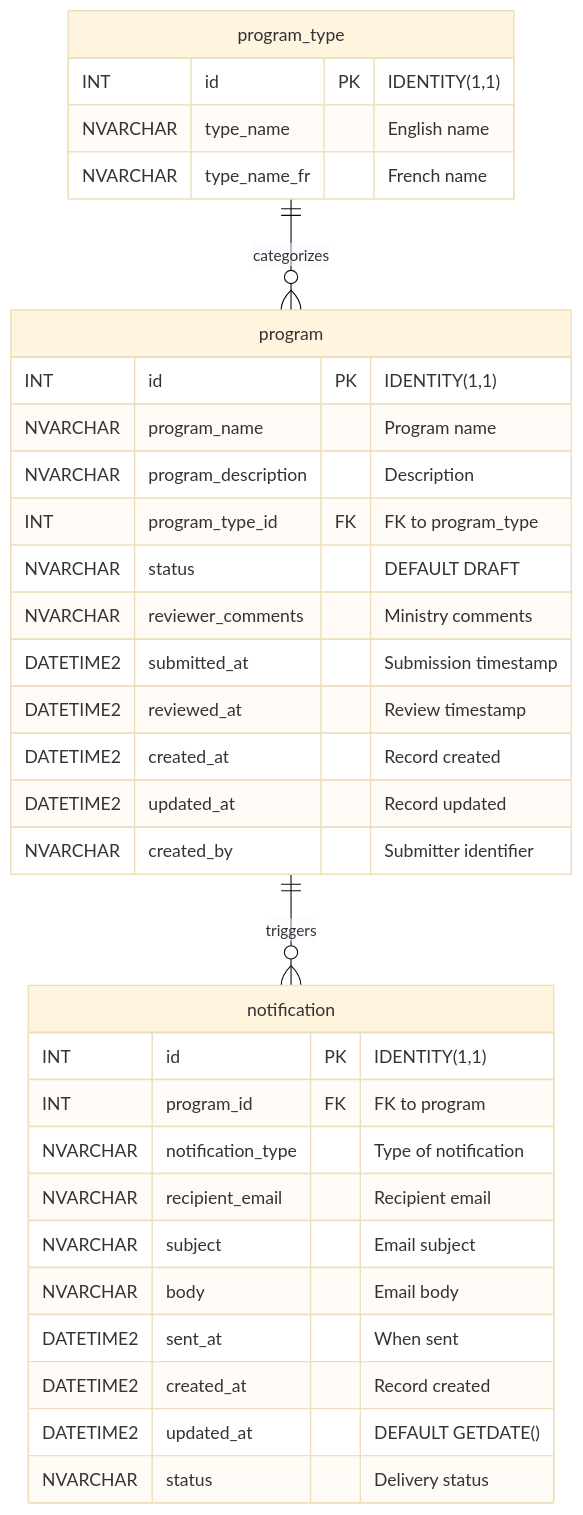
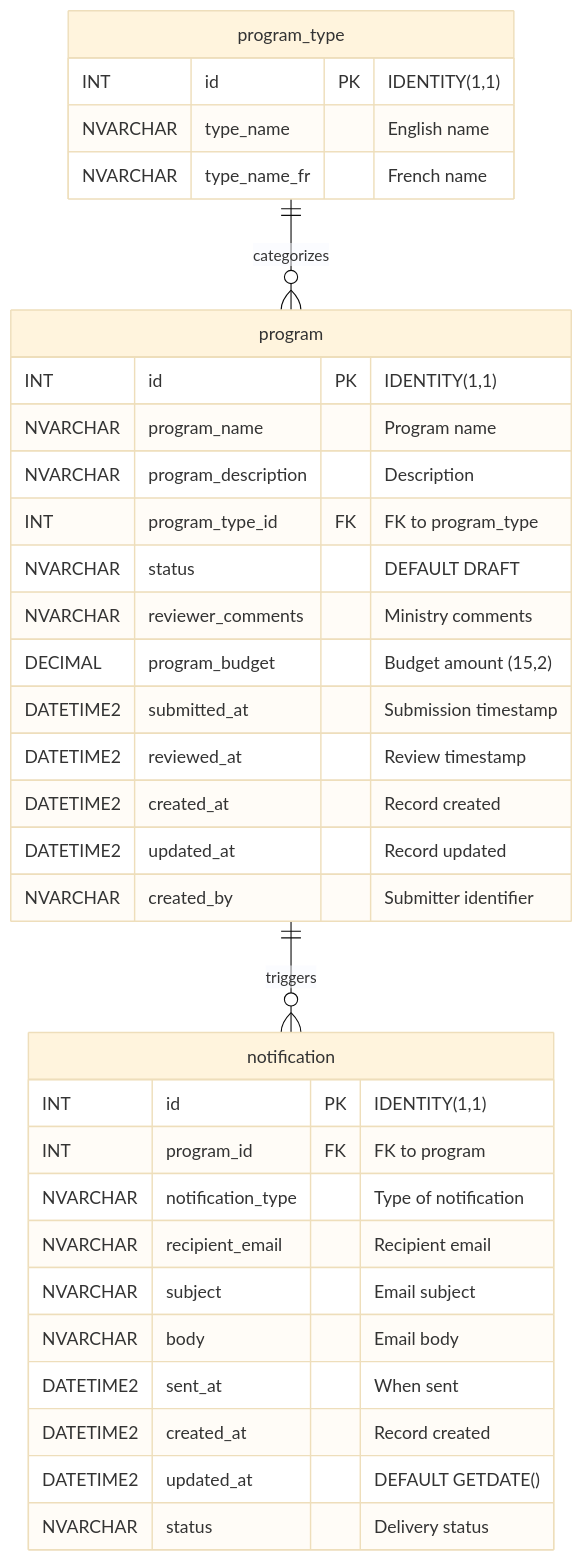
One commit to devopsabcs-engineering/ProgramDemo-DevDay2026-DryRun1 changed the diagram in docs/data-dictionary.md. Above: the diagram before and after it, drawn with Mermaid (base theme). The commit also changed other lines of this file and 18 other files, not shown here.

Commit message:
AB#1876 Add program_budget field across all layers (database, API, UI, tests, docs)

````diff
--- a/docs/data-dictionary.md
+++ b/docs/data-dictionary.md
@@ -5,35 +5,36 @@
 ```mermaid
 erDiagram
     program_type {
         INT id PK "IDENTITY(1,1)"
         NVARCHAR type_name "English name"
         NVARCHAR type_name_fr "French name"
     }
     program {
         INT id PK "IDENTITY(1,1)"
         NVARCHAR program_name "Program name"
         NVARCHAR program_description "Description"
         INT program_type_id FK "FK to program_type"
         NVARCHAR status "DEFAULT DRAFT"
         NVARCHAR reviewer_comments "Ministry comments"
+        DECIMAL program_budget "Budget amount (15,2)"
         DATETIME2 submitted_at "Submission timestamp"
         DATETIME2 reviewed_at "Review timestamp"
         DATETIME2 created_at "Record created"
         DATETIME2 updated_at "Record updated"
         NVARCHAR created_by "Submitter identifier"
     }
     notification {
         INT id PK "IDENTITY(1,1)"
         INT program_id FK "FK to program"
         NVARCHAR notification_type "Type of notification"
         NVARCHAR recipient_email "Recipient email"
         NVARCHAR subject "Email subject"
         NVARCHAR body "Email body"
         DATETIME2 sent_at "When sent"
         DATETIME2 created_at "Record created"
         DATETIME2 updated_at "DEFAULT GETDATE()"
         NVARCHAR status "Delivery status"
     }
     program_type ||--o{ program : "categorizes"
     program ||--o{ notification : "triggers"
 ```
````
